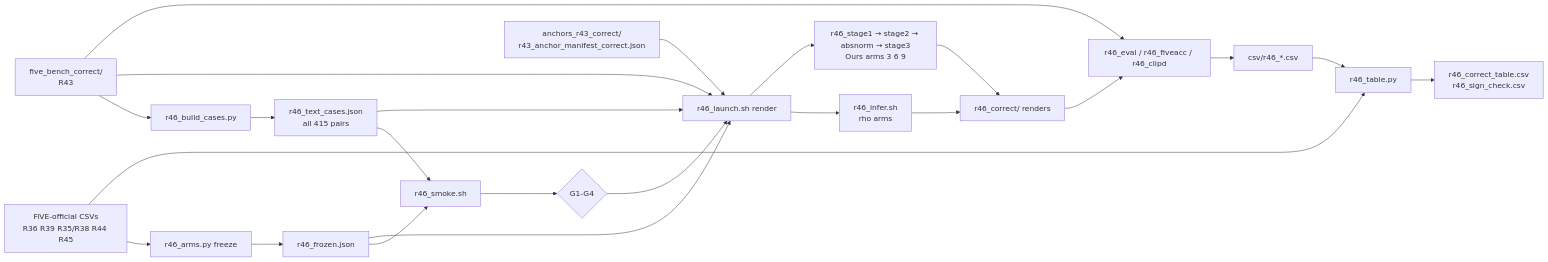
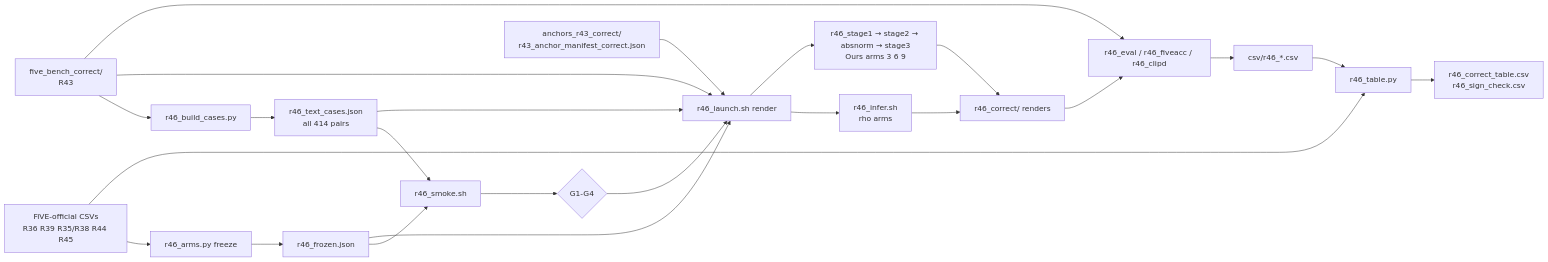
Before and after one commit to skhairi2k/StreamEdit_new: the diagram in .claude/plans/r46-five-bench-correct-streamedit-inference_b7e19c42.plan.md, drawn with Mermaid. The commit also changed other lines of this file and 18 other files, not shown here.

Commit message:
five bench correct built

````diff
--- a/.claude/plans/r46-five-bench-correct-streamedit-inference_b7e19c42.plan.md
+++ b/.claude/plans/r46-five-bench-correct-streamedit-inference_b7e19c42.plan.md
@@ -242,22 +242,22 @@
 ```mermaid
 flowchart LR
   OFF[FiVE-official CSVs<br/>R36 R39 R35/R38 R44 R45] --> FR[r46_arms.py freeze] --> FJ[r46_frozen.json]
-  FC[five_bench_correct/<br/>R43] --> BC[r46_build_cases.py] --> TC[r46_text_cases.json<br/>all 415 pairs]
+  FC[five_bench_correct/<br/>R43] --> BC[r46_build_cases.py] --> TC[r46_text_cases.json<br/>all 414 pairs]
   FJ --> SM[r46_smoke.sh] --> G{G1-G4}
   TC --> SM
   G --> LA[r46_launch.sh render]
   FJ --> LA
   AC[anchors_r43_correct/<br/>r43_anchor_manifest_correct.json] --> LA
   FC --> LA
   TC --> LA
   LA --> INF[r46_infer.sh<br/>rho arms]
   LA --> OURS[r46_stage1 → stage2 → absnorm → stage3<br/>Ours arms 3 6 9]
   INF --> R[r46_correct/ renders]
   OURS --> R
   R --> EV[r46_eval / r46_fiveacc / r46_clipd]
   FC --> EV
   EV --> CSV[csv/r46_*.csv]
   CSV --> TB[r46_table.py]
   OFF --> TB
   TB --> OUT[r46_correct_table.csv<br/>r46_sign_check.csv]
 ```
````
